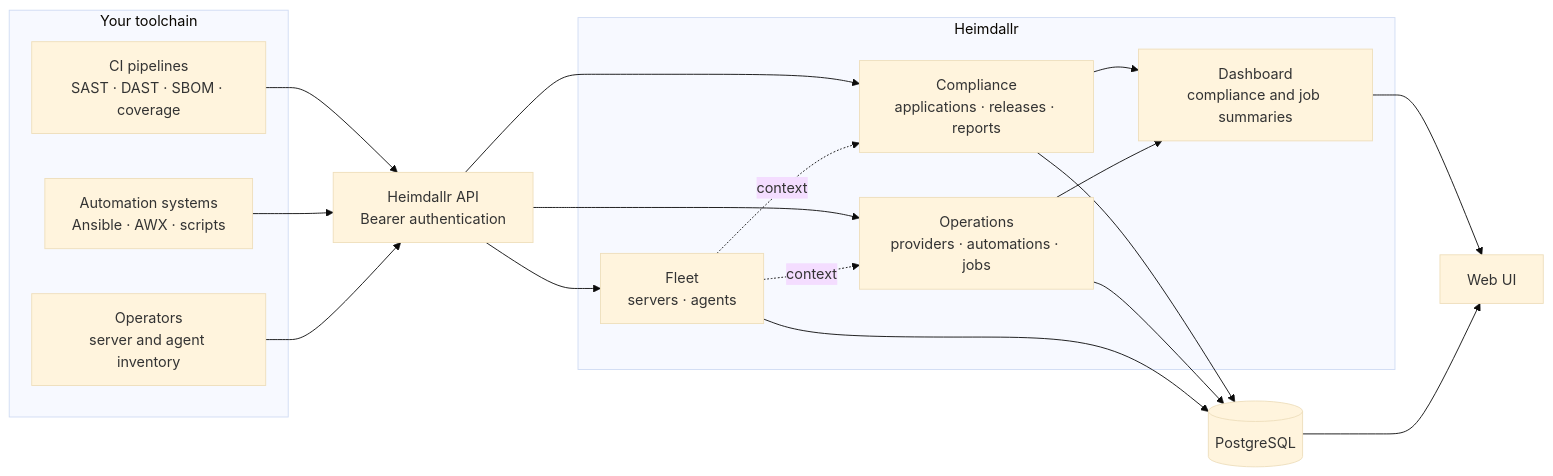
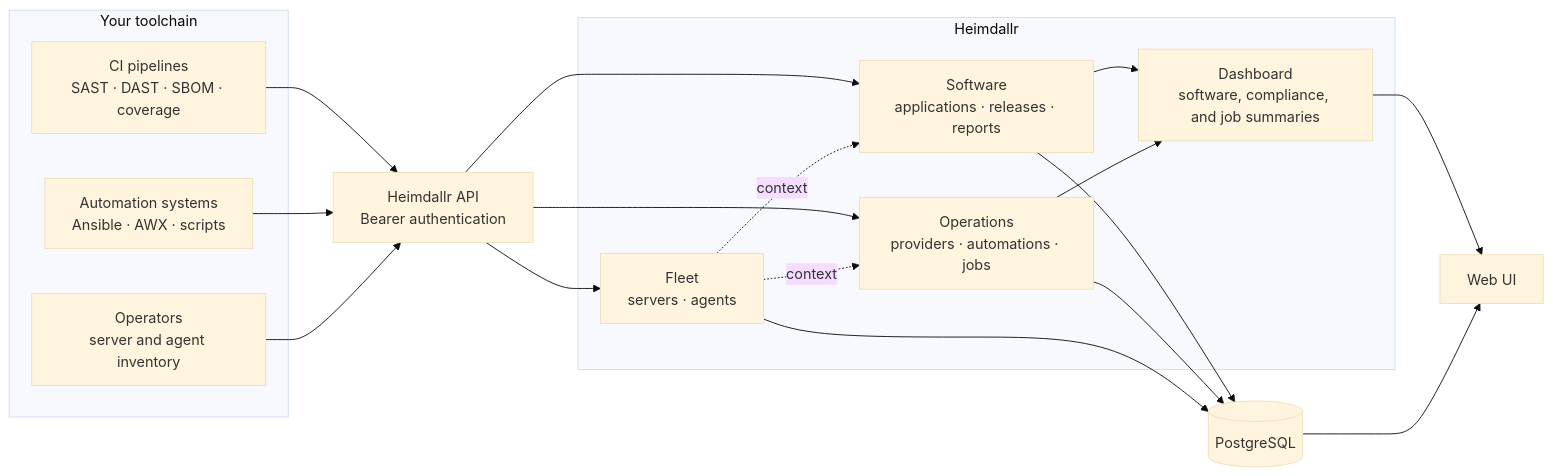
One commit to svetlyopet/heimdallr changed the first of 2 diagrams in README.md. Above: the diagram before and after it, drawn with Mermaid (base theme). The commit also changed other lines of this file and 20 other files, not shown here.

````diff
--- a/README.md
+++ b/README.md
@@ -28,36 +28,36 @@
 ```mermaid
 flowchart LR
   subgraph sources [Your toolchain]
     CI["CI pipelines<br/>SAST · DAST · SBOM · coverage"]
     Automation["Automation systems<br/>Ansible · AWX · scripts"]
     Operators["Operators<br/>server and agent inventory"]
   end
 
   API["Heimdallr API<br/>Bearer authentication"]
 
   subgraph heimdallr [Heimdallr]
-    Compliance["Compliance<br/>applications · releases · reports"]
+    Software["Software<br/>applications · releases · reports"]
     Operations["Operations<br/>providers · automations · jobs"]
     Fleet["Fleet<br/>servers · agents"]
-    Analytics["Dashboard<br/>compliance and job summaries"]
+    Analytics["Dashboard<br/>software, compliance, and job summaries"]
   end
 
   Storage[("PostgreSQL")]
   UI["Web UI"]
 
   CI --> API
   Automation --> API
   Operators --> API
-  API --> Compliance
+  API --> Software
   API --> Operations
   API --> Fleet
-  Compliance --> Analytics
+  Software --> Analytics
   Operations --> Analytics
-  Fleet -. context .-> Compliance
+  Fleet -. context .-> Software
   Fleet -. context .-> Operations
-  Compliance --> Storage
+  Software --> Storage
   Operations --> Storage
   Fleet --> Storage
   Analytics --> UI
   Storage --> UI
 ```
````
